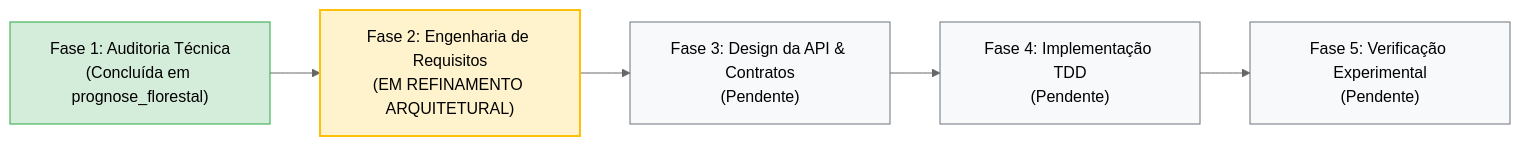
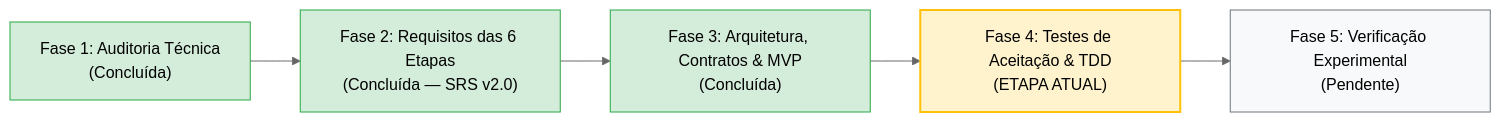
One commit to aleerangel/experimental-ml-framework changed the diagram in engenharia_software/ETAPA_ATUAL_ENGENHARIA.md. Above: the diagram before and after it, drawn with Mermaid (neutral theme). The commit also changed other lines of this file and 3 other files, not shown here.

Commit message:
docs(arquitetura): formalizar especificacao das 6 etapas, contratos conceituais, modelo de dados e recorte de MVP

````diff
--- a/engenharia_software/ETAPA_ATUAL_ENGENHARIA.md
+++ b/engenharia_software/ETAPA_ATUAL_ENGENHARIA.md
@@ -15,13 +16,13 @@
 ```mermaid
 flowchart LR
-    Fase1["Fase 1: Auditoria Técnica<br/>(Concluída em prognose_florestal)"] --> Fase2["Fase 2: Engenharia de Requisitos<br/>(EM REFINAMENTO ARQUITETURAL)"]
-    Fase2 --> Fase3["Fase 3: Design da API & Contratos<br/>(Pendente)"]
-    Fase3 --> Fase4["Fase 4: Implementação TDD<br/>(Pendente)"]
+    Fase1["Fase 1: Auditoria Técnica<br/>(Concluída)"] --> Fase2["Fase 2: Requisitos das 6 Etapas<br/>(Concluída — SRS v2.0)"]
+    Fase2 --> Fase3["Fase 3: Arquitetura, Contratos & MVP<br/>(Concluída)"]
+    Fase3 --> Fase4["Fase 4: Testes de Aceitação & TDD<br/>(ETAPA ATUAL)"]
     Fase4 --> Fase5["Fase 5: Verificação Experimental<br/>(Pendente)"]
     
     style Fase1 fill:#d4edda,stroke:#28a745
-    style Fase2 fill:#fff3cd,stroke:#ffc107,stroke-width:2px
-    style Fase3 fill:#f8f9fa,stroke:#6c757d
-    style Fase4 fill:#f8f9fa,stroke:#6c757d
+    style Fase2 fill:#d4edda,stroke:#28a745
+    style Fase3 fill:#d4edda,stroke:#28a745
+    style Fase4 fill:#fff3cd,stroke:#ffc107,stroke-width:2px
     style Fase5 fill:#f8f9fa,stroke:#6c757d
 ```
````
